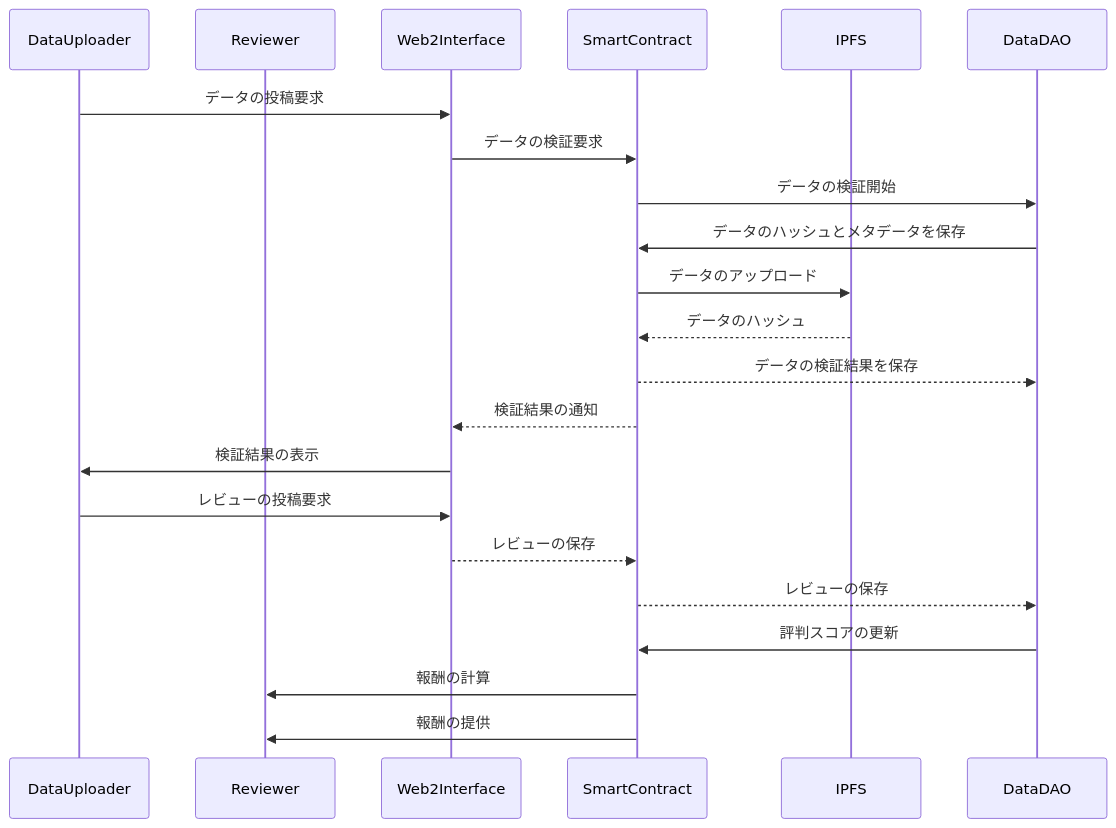
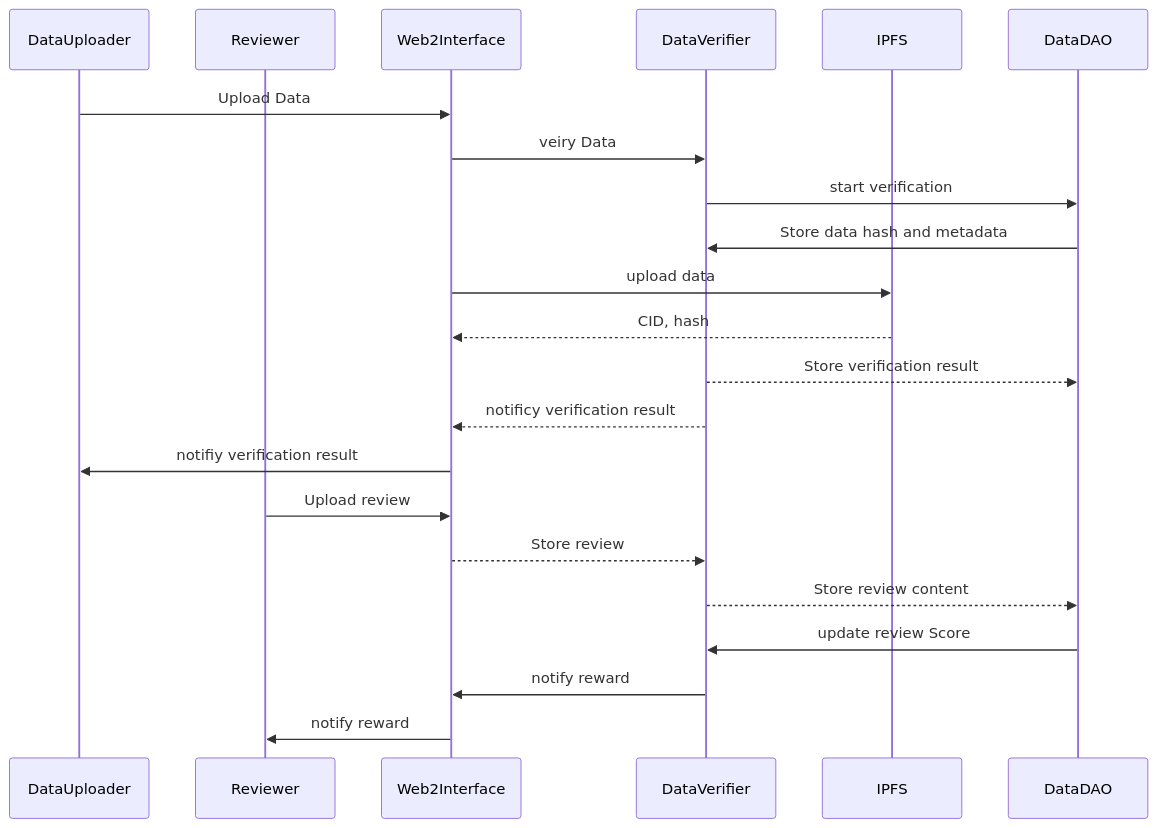
One commit to TrustedDataGraph/HackFS2023DataVerification changed the second of 3 diagrams in README.md. Above: the diagram before and after it, drawn with Mermaid. The commit also changed other lines of this file, not shown here.

Commit message:
update  concept readme

````diff
--- a/README.md
+++ b/README.md
@@ -19,26 +26,26 @@
 ```mermaid
 sequenceDiagram
 participant DataUploader 
 participant Reviewer 
 participant Web2Interface 
-participant SmartContract 
+participant SmartContract as DataVerifier
 participant IPFS 
 participant DataDAO 
 
-DataUploader ->> Web2Interface: データの投稿要求
-Web2Interface ->> SmartContract: データの検証要求
-SmartContract ->> DataDAO: データの検証開始
-DataDAO ->> SmartContract: データのハッシュとメタデータを保存
-SmartContract ->> IPFS: データのアップロード
-IPFS -->> SmartContract: データのハッシュ
-SmartContract -->> DataDAO: データの検証結果を保存
-SmartContract -->> Web2Interface: 検証結果の通知
-Web2Interface ->> DataUploader: 検証結果の表示
-DataUploader ->> Web2Interface: レビューの投稿要求
-Web2Interface -->> SmartContract: レビューの保存
-SmartContract -->> DataDAO: レビューの保存
-DataDAO ->> SmartContract: 評判スコアの更新
-SmartContract ->> Reviewer: 報酬の計算
-SmartContract ->> Reviewer: 報酬の提供
+DataUploader ->> Web2Interface: Upload Data
+Web2Interface ->> SmartContract: veiry Data
+SmartContract ->> DataDAO: start verification
+DataDAO ->> SmartContract: Store data hash and metadata
+Web2Interface ->> IPFS: upload data
+IPFS -->> Web2Interface: CID, hash
+SmartContract -->> DataDAO: Store verification result
+SmartContract -->> Web2Interface: notificy verification result
+Web2Interface ->> DataUploader: notifiy verification result
+Reviewer ->> Web2Interface: Upload review
+Web2Interface -->> SmartContract: Store review 
+SmartContract -->> DataDAO: Store review content
+DataDAO ->> SmartContract: update review Score
+SmartContract ->> Web2Interface: notify reward
+Web2Interface ->> Reviewer: notify reward
 
 ```
````
